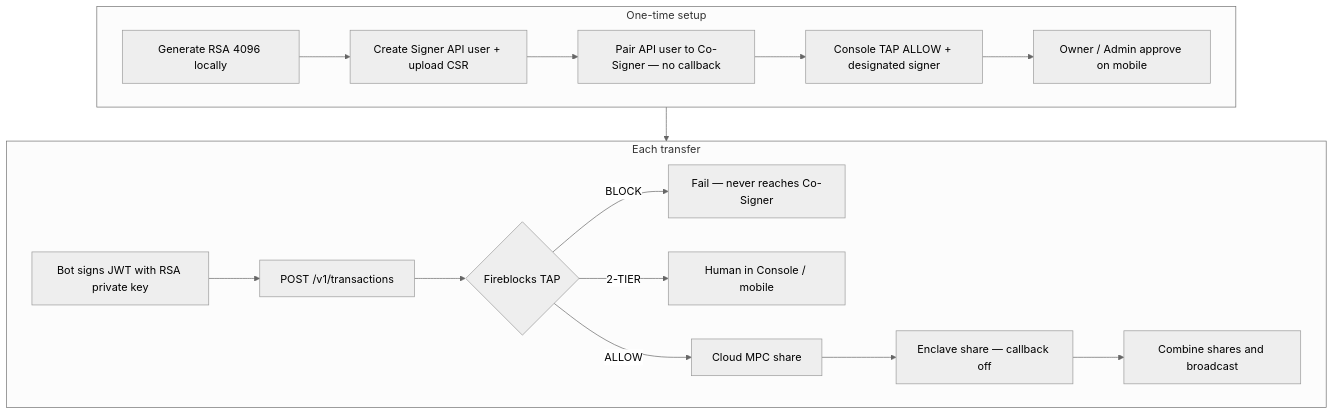
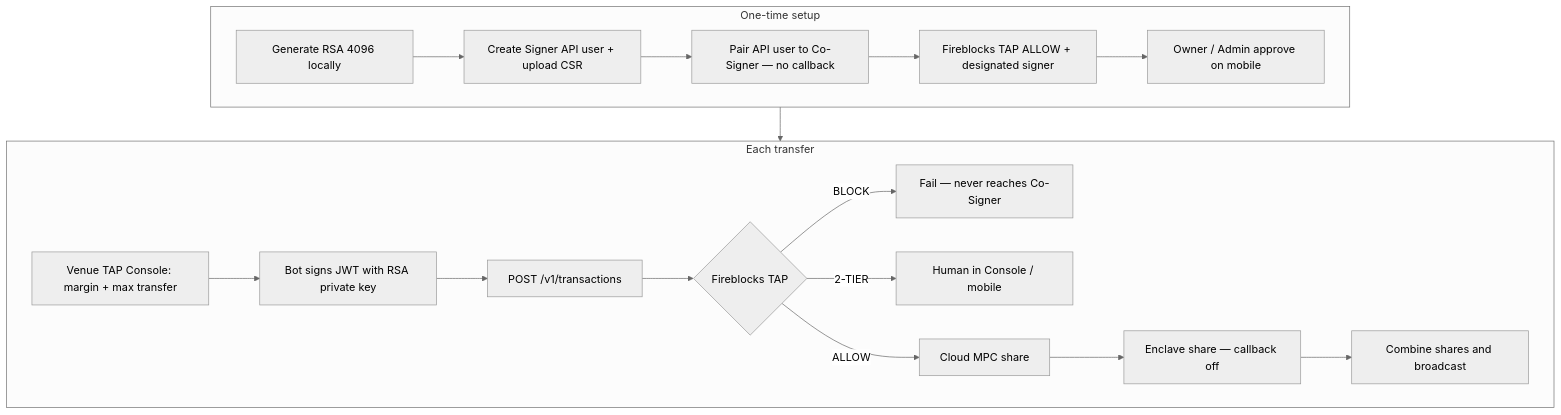
Before and after one commit to JellyCWenning/signet: the diagram in README.md, drawn with Mermaid (neutral theme). The commit also changed other lines of this file and 15 other files, not shown here.

First line of the commit message:
Add TAP Console for venue margin and transfer caps

````diff
--- a/README.md
+++ b/README.md
@@ -11,21 +11,22 @@
 ```mermaid
 flowchart TD
   subgraph setup [One-time setup]
     A1[Generate RSA 4096 locally] --> A2[Create Signer API user + upload CSR]
     A2 --> A3[Pair API user to Co-Signer — no callback]
-    A3 --> A4[Console TAP ALLOW + designated signer]
+    A3 --> A4[Fireblocks TAP ALLOW + designated signer]
     A4 --> A5[Owner / Admin approve on mobile]
   end
 
   subgraph runtime [Each transfer]
-    B1[Bot signs JWT with RSA private key] --> B2[POST /v1/transactions]
+    B0[Venue TAP Console: margin + max transfer] --> B1[Bot signs JWT with RSA private key]
+    B1 --> B2[POST /v1/transactions]
     B2 --> TAP{Fireblocks TAP}
     TAP -->|BLOCK| X1[Fail — never reaches Co-Signer]
     TAP -->|2-TIER| F2[Human in Console / mobile]
     TAP -->|ALLOW| C1[Cloud MPC share]
     C1 --> C2[Enclave share — callback off]
     C2 --> C3[Combine shares and broadcast]
   end
 
   setup --> runtime
 ```
````
